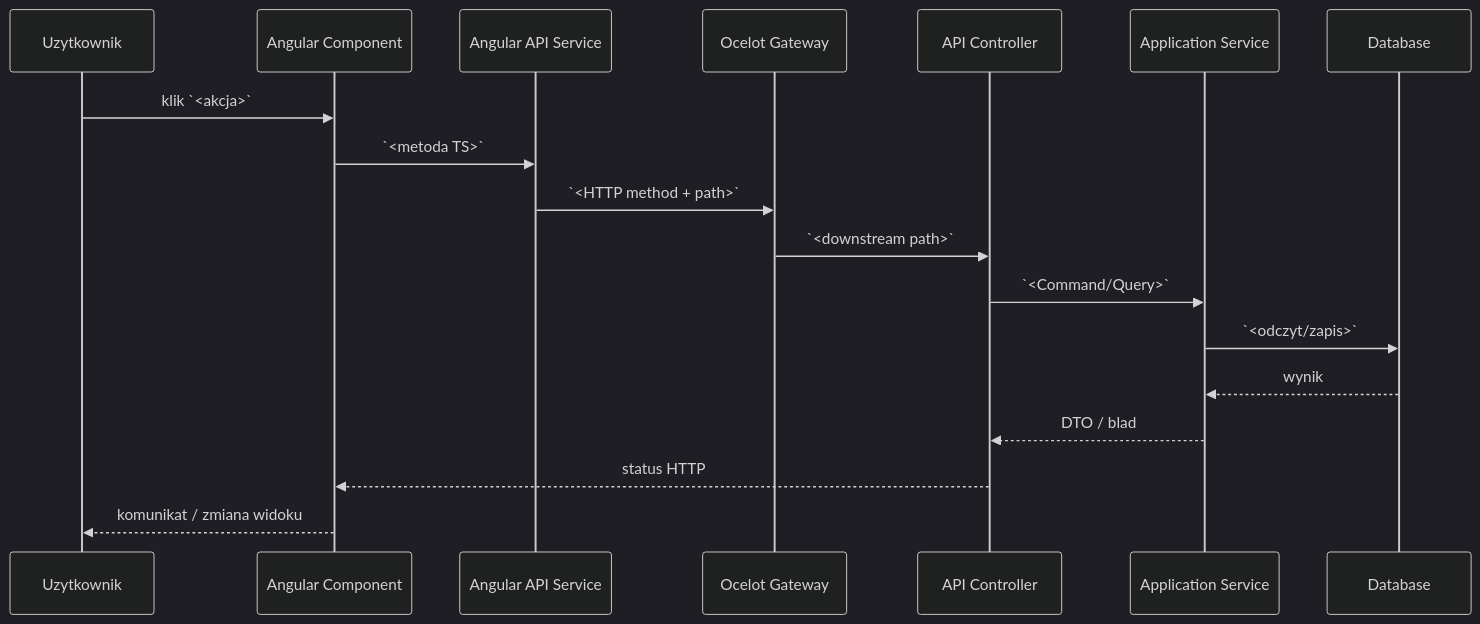
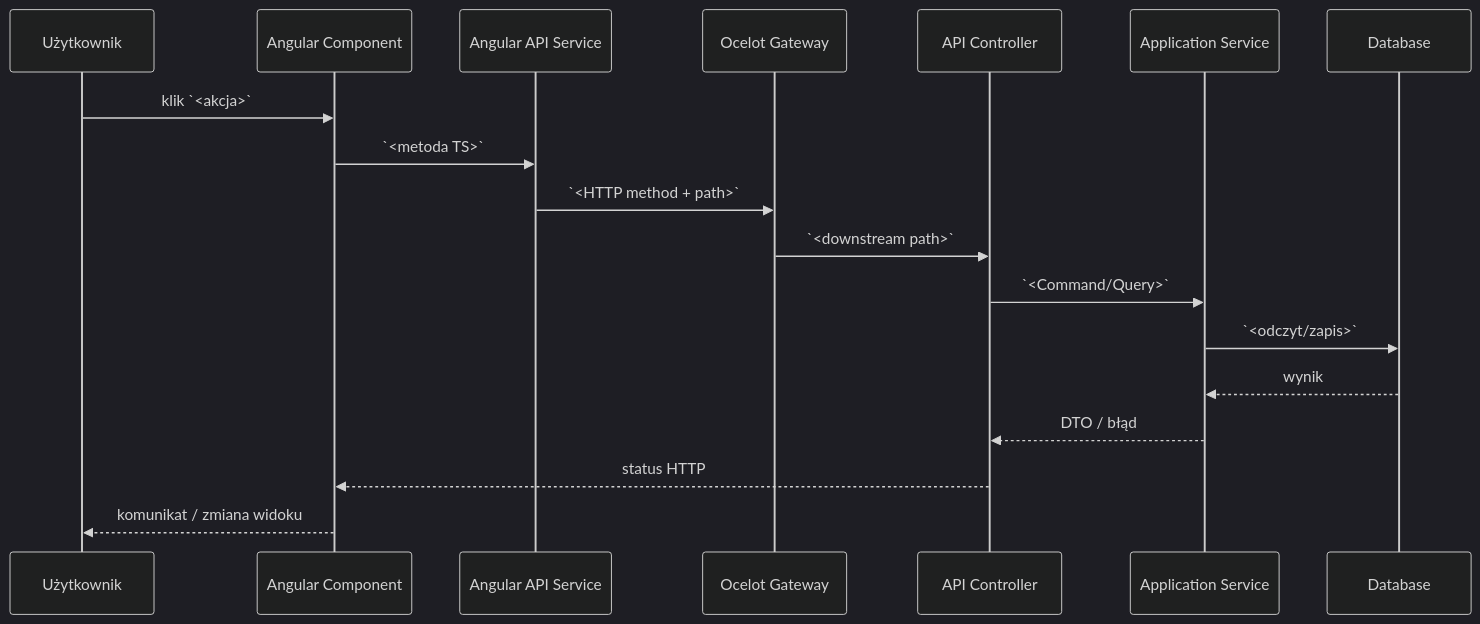
One commit to zyqpp/POC_AI changed the diagram in AI_Documentation/AOS_Template/AI_AOS_03_ACTIONS_AND_PROCESS_TRACE_TEMPLATE.md. Above: the diagram before and after it, drawn with Mermaid (dark theme). The commit also changed other lines of this file and 37 other files, not shown here.

````diff
--- a/AI_Documentation/AOS_Template/AI_AOS_03_ACTIONS_AND_PROCESS_TRACE_TEMPLATE.md
+++ b/AI_Documentation/AOS_Template/AI_AOS_03_ACTIONS_AND_PROCESS_TRACE_TEMPLATE.md
@@ -29,21 +29,21 @@
 ```mermaid
 sequenceDiagram
-    participant User as Uzytkownik
+    participant User as Użytkownik
     participant UI as Angular Component
     participant Api as Angular API Service
     participant GW as Ocelot Gateway
     participant Ctrl as API Controller
     participant App as Application Service
     participant Db as Database
 
     User->>UI: klik `<akcja>`
     UI->>Api: `<metoda TS>`
     Api->>GW: `<HTTP method + path>`
     GW->>Ctrl: `<downstream path>`
     Ctrl->>App: `<Command/Query>`
     App->>Db: `<odczyt/zapis>`
     Db-->>App: wynik
-    App-->>Ctrl: DTO / blad
+    App-->>Ctrl: DTO / błąd
     Ctrl-->>UI: status HTTP
     UI-->>User: komunikat / zmiana widoku
 ```
````
